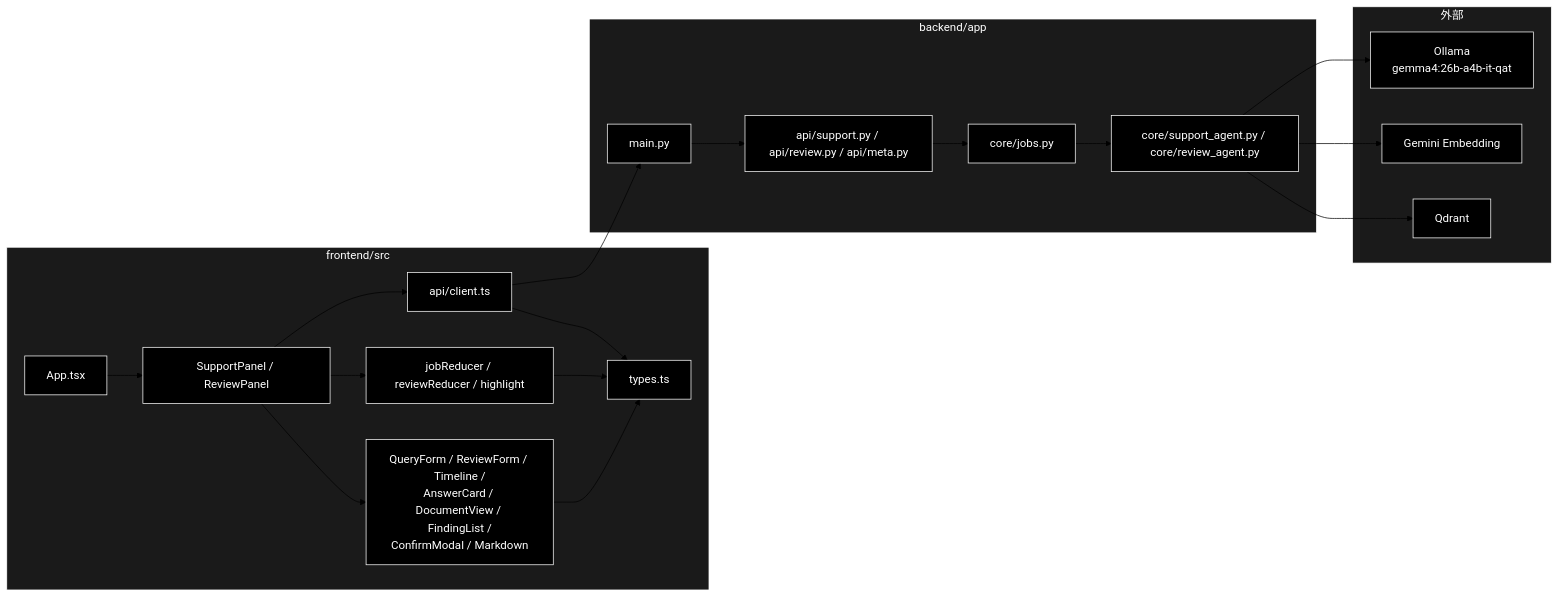
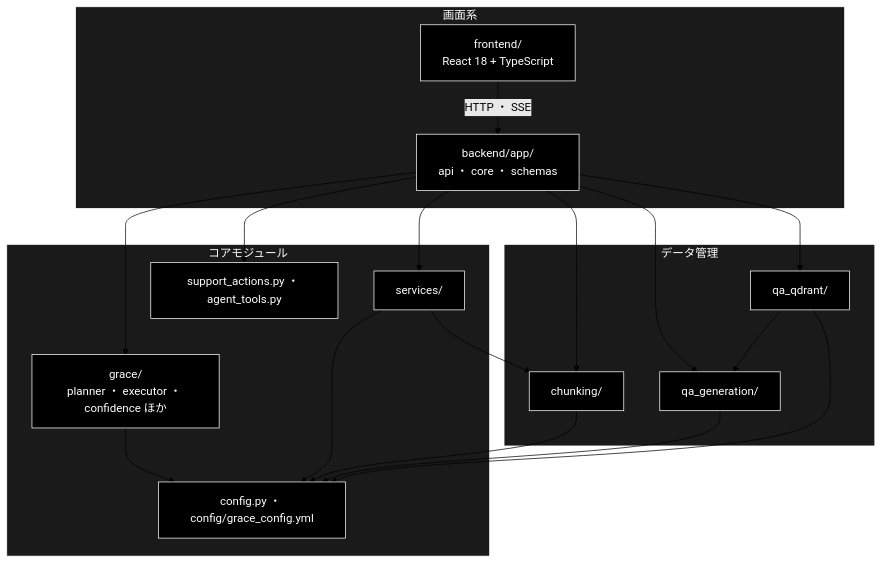
Before and after one commit to nakashima2toshio/grace_v2_local: the second of 2 diagrams in README.md, drawn with Mermaid (forest theme). The commit also changed other lines of this file and 6 other files, not shown here.

````diff
--- a/README.md
+++ b/README.md
@@ -1643,45 +568,38 @@
 ```mermaid
-flowchart LR
-    subgraph FE["frontend/src"]
-        APPX["App.tsx"]
-        PANELS["SupportPanel / ReviewPanel"]
-        COMPS["QueryForm / ReviewForm / Timeline /<br>AnswerCard / DocumentView / FindingList /<br>ConfirmModal / Markdown"]
-        STATE["jobReducer / reviewReducer / highlight"]
-        APIC["api/client.ts"]
-        TYPES["types.ts"]
+flowchart TB
+    subgraph SCREEN["画面系"]
+        FE["frontend/<br>React 18 + TypeScript"]
+        BE["backend/app/<br>api ・ core ・ schemas"]
     end
-
-    subgraph BE["backend/app"]
-        MAINX["main.py"]
-        APIS["api/support.py / api/review.py / api/meta.py"]
-        JOBSX["core/jobs.py"]
-        CORES["core/support_agent.py / core/review_agent.py"]
+    subgraph CORE["コアモジュール"]
+        GR["grace/<br>planner ・ executor ・ confidence ほか"]
+        SV["services/"]
+        SA["support_actions.py ・ agent_tools.py"]
+        CF["config.py ・ config/grace_config.yml"]
     end
-
-    subgraph EXT["外部"]
-        OLL["Ollama<br>gemma4:26b-a4b-it-qat"]
-        GEM["Gemini Embedding"]
-        QD["Qdrant"]
+    subgraph PREP["データ管理"]
+        CH["chunking/"]
+        QG["qa_generation/"]
+        QQ["qa_qdrant/"]
     end
-
-    APPX --> PANELS
-    PANELS --> COMPS
-    PANELS --> STATE
-    PANELS --> APIC
-    COMPS --> TYPES
-    STATE --> TYPES
-    APIC --> TYPES
-    APIC --> MAINX
-    MAINX --> APIS
-    APIS --> JOBSX
-    JOBSX --> CORES
-    CORES --> OLL
-    CORES --> GEM
-    CORES --> QD
-    classDef default fill:#000,stroke:#fff,color:#fff
-    classDef subgraphStyle fill:#1a1a1a,stroke:#fff,color:#fff
-    class APPX,PANELS,COMPS,STATE,APIC,TYPES,MAINX,APIS,JOBSX,CORES,OLL,GEM,QD default
-    style FE fill:#1a1a1a,stroke:#fff,color:#fff
-    style BE fill:#1a1a1a,stroke:#fff,color:#fff
-    style EXT fill:#1a1a1a,stroke:#fff,color:#fff
+    FE -->|"HTTP ・ SSE"| BE
+    BE --> GR
+    BE --> SA
+    BE --> SV
+    BE --> CH
+    BE --> QG
+    BE --> QQ
+    SV --> CH
+    QQ --> QG
+    GR --> CF
+    SV --> CF
+    CH --> CF
+    QG --> CF
+    QQ --> CF
+classDef default fill:#000,stroke:#fff,color:#fff
+classDef subgraphStyle fill:#1a1a1a,stroke:#fff,color:#fff
+class FE,BE,GR,SV,SA,CF,CH,QG,QQ default
+style SCREEN fill:#1a1a1a,stroke:#fff,color:#fff
+style CORE fill:#1a1a1a,stroke:#fff,color:#fff
+style PREP fill:#1a1a1a,stroke:#fff,color:#fff
 ```
````
